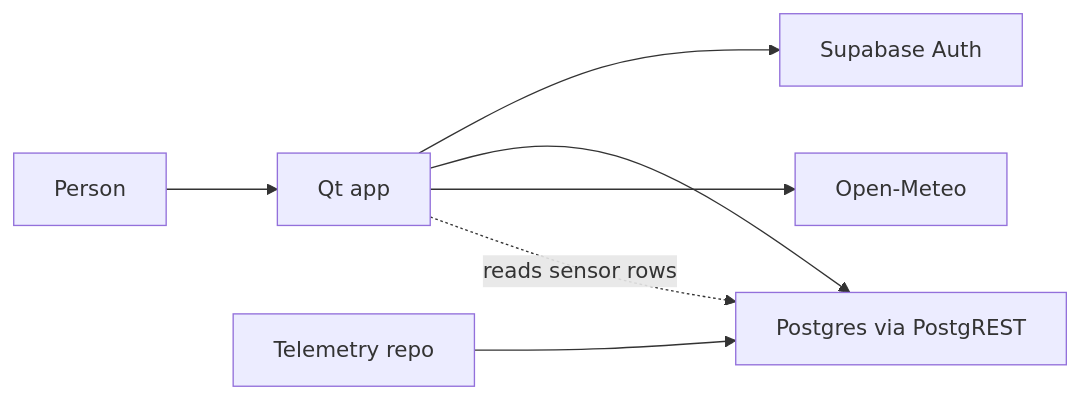
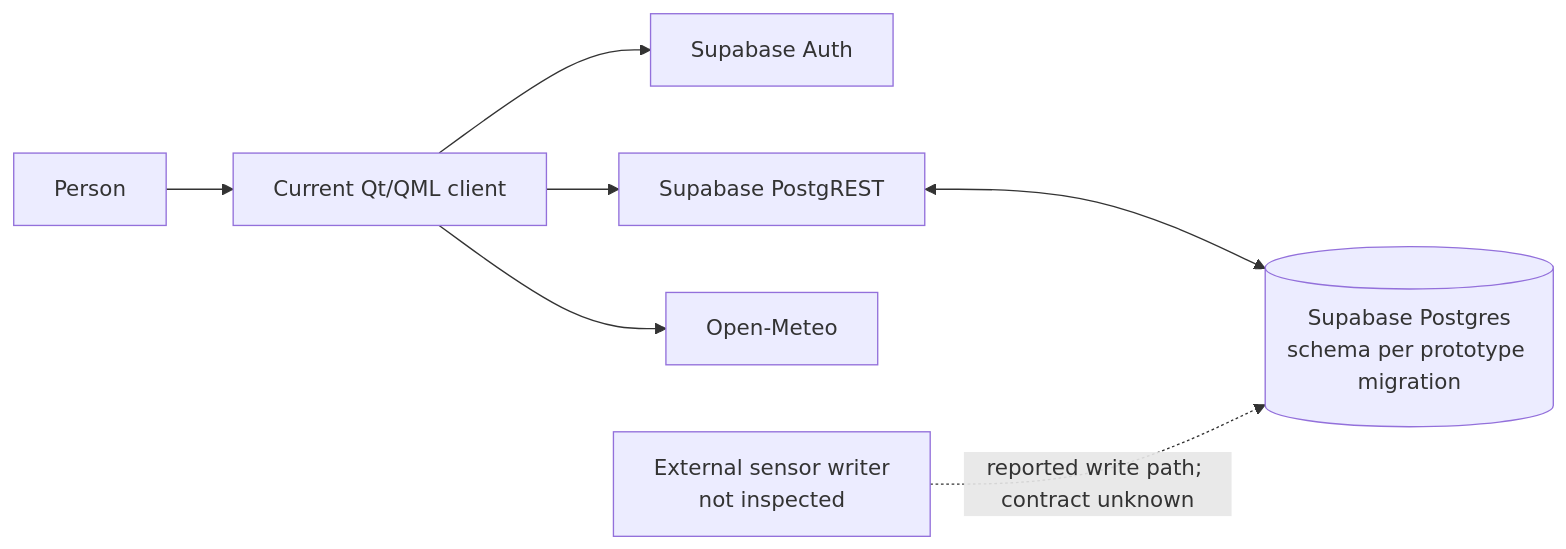
Before and after one commit to denis-mutuma/SmartHome: the first of 3 diagrams in docs/architecture.md, drawn with Mermaid. The commit also changed other lines of this file and 1 other file, not shown here.

Commit message:
docs: reset architecture guidance for rebuild

````diff
--- a/docs/architecture.md
+++ b/docs/architecture.md
@@ -9,15 +9,16 @@
 ```mermaid
 flowchart LR
   person[Person]
-  app[Qt app]
+  client[Current Qt/QML client]
   auth[Supabase Auth]
-  db[Postgres via PostgREST]
+  rest[Supabase PostgREST]
+  db[(Supabase Postgres<br/>schema per prototype migration)]
   weather[Open-Meteo]
-  telemetry[Telemetry repo]
-  person --> app
-  app --> auth
-  app --> db
-  app --> weather
-  telemetry --> db
-  app -.->|reads sensor rows| db
+  writer[External sensor writer<br/>not inspected]
+  person --> client
+  client --> auth
+  client --> rest
+  rest <--> db
+  client --> weather
+  writer -.->|reported write path; contract unknown| db
 ```
````
